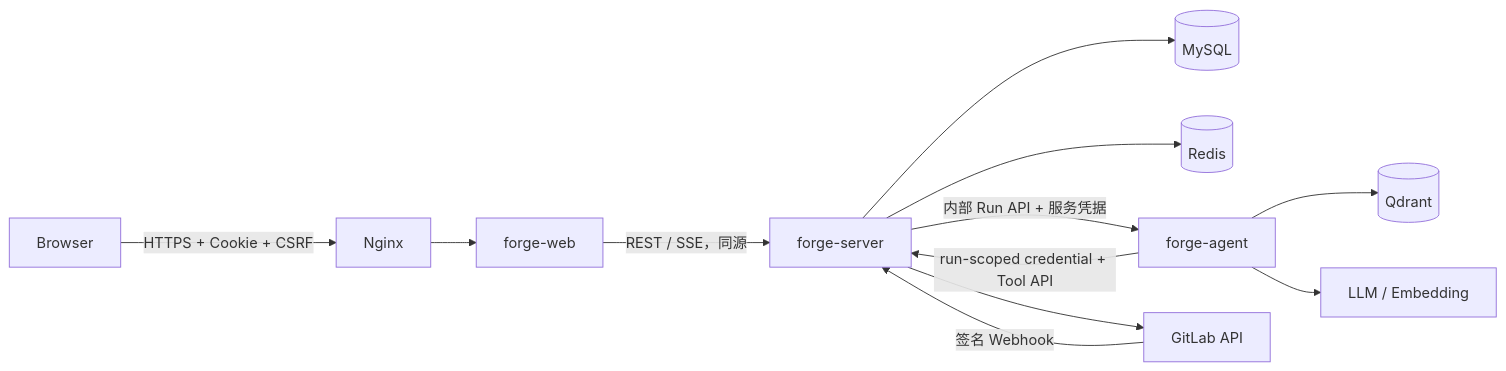
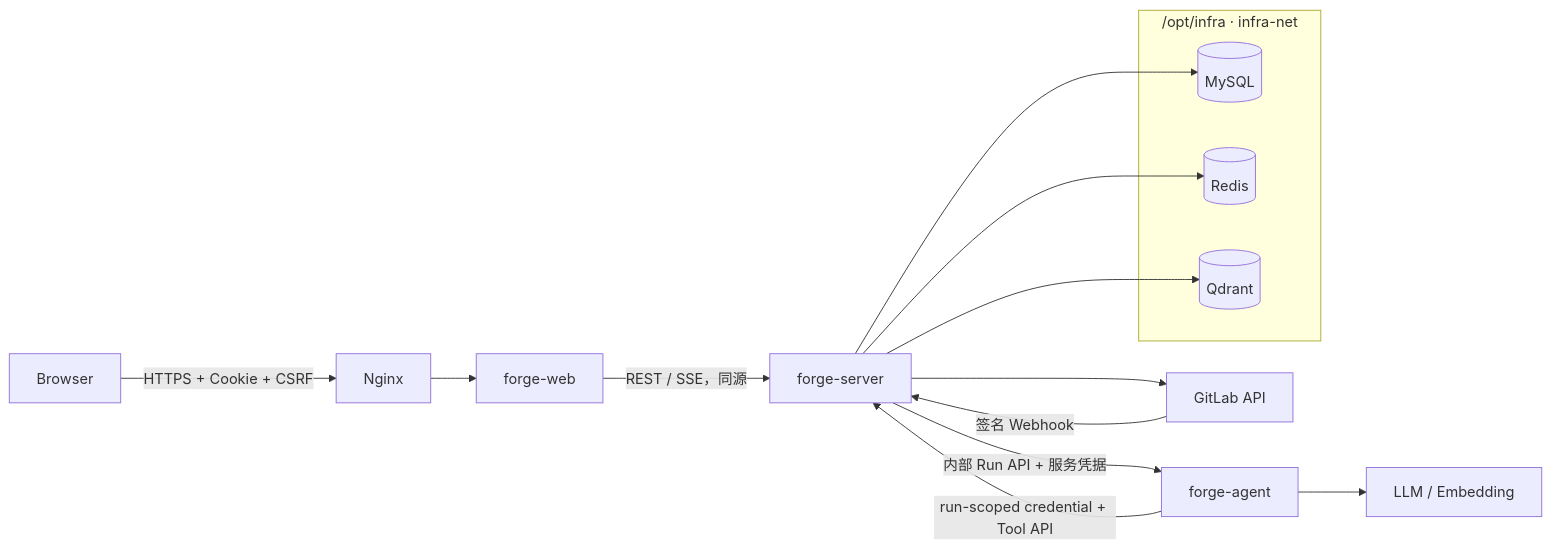
The first of 5 diagrams in docs/design/ForgeAI_详细设计_v1.0.md (yanghheda/forge-ai), drawn with Mermaid before and after one commit. The commit also changed other lines of this file and 25 other files, not shown here.

````diff
--- a/docs/design/ForgeAI_详细设计_v1.0.md
+++ b/docs/design/ForgeAI_详细设计_v1.0.md
@@ -75,14 +75,19 @@
 ```mermaid
 flowchart LR
     B[Browser] -->|HTTPS + Cookie + CSRF| N[Nginx]
     N --> W[forge-web]
     W -->|REST / SSE，同源| S[forge-server]
-    S --> M[(MySQL)]
-    S --> R[(Redis)]
+    subgraph I["/opt/infra · infra-net"]
+        M[(MySQL)]
+        R[(Redis)]
+        Q[(Qdrant)]
+    end
+    S --> M
+    S --> R
+    S --> Q
     S -->|内部 Run API + 服务凭据| A[forge-agent]
     A -->|run-scoped credential + Tool API| S
-    A --> Q[(Qdrant)]
     A --> L[LLM / Embedding]
     S --> G[GitLab API]
     G -->|签名 Webhook| S
 ```
````
